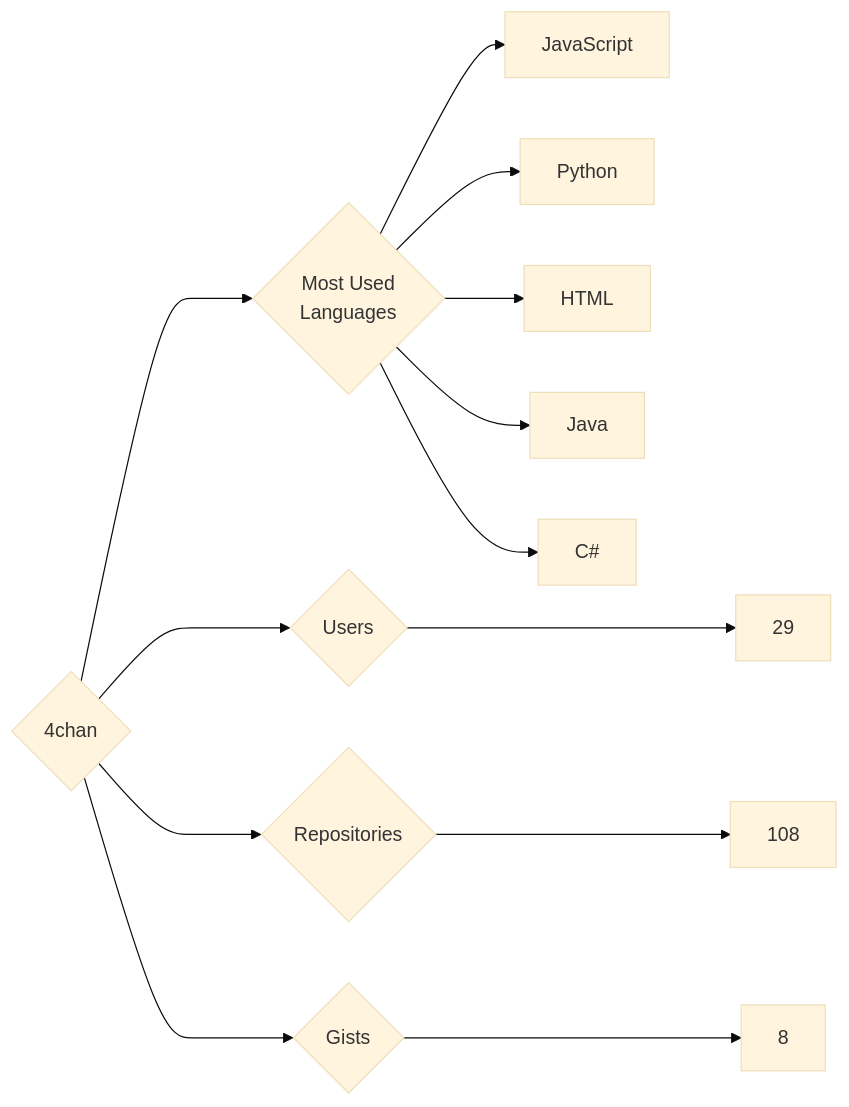
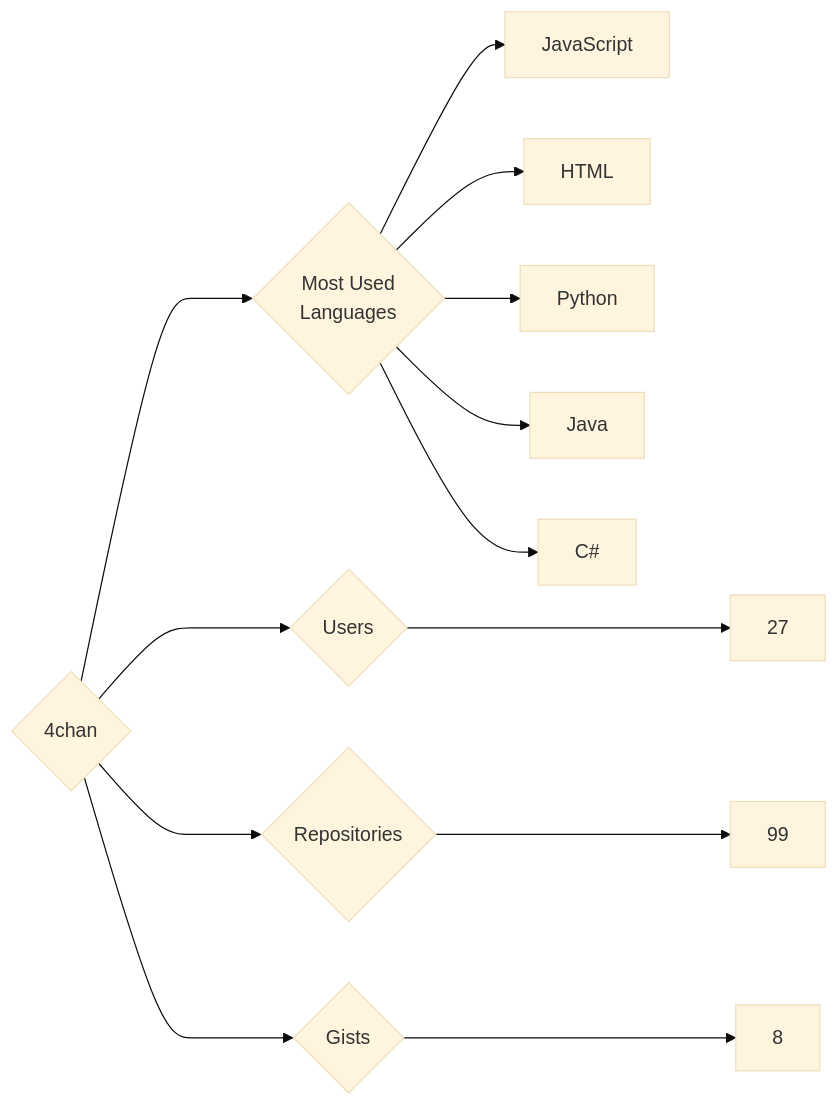
Before and after one commit to trickest/insiders: the diagram in targets/4chan/README.md, drawn with Mermaid (base theme). The commit also changed 899 other files, not shown here.

````diff
--- a/targets/4chan/README.md
+++ b/targets/4chan/README.md
@@ -3,13 +3,13 @@
 ```mermaid
 graph LR
 COMPANY_NAME{4chan}
-COMPANY_NAME ---> U{Users} ---> UN[29]
-COMPANY_NAME ---> R{Repositories} ---> RN[108]
+COMPANY_NAME ---> U{Users} ---> UN[27]
+COMPANY_NAME ---> R{Repositories} ---> RN[99]
 COMPANY_NAME ---> G{Gists} ---> GN[8]
 COMPANY_NAME ---> ML{Most Used<br>Languages}
 ML --> JavaScript[JavaScript]
+ML --> HTML[HTML]
 ML --> Python[Python]
-ML --> HTML[HTML]
 ML --> Java[Java]
 ML --> C#[C#]
 ```
````
